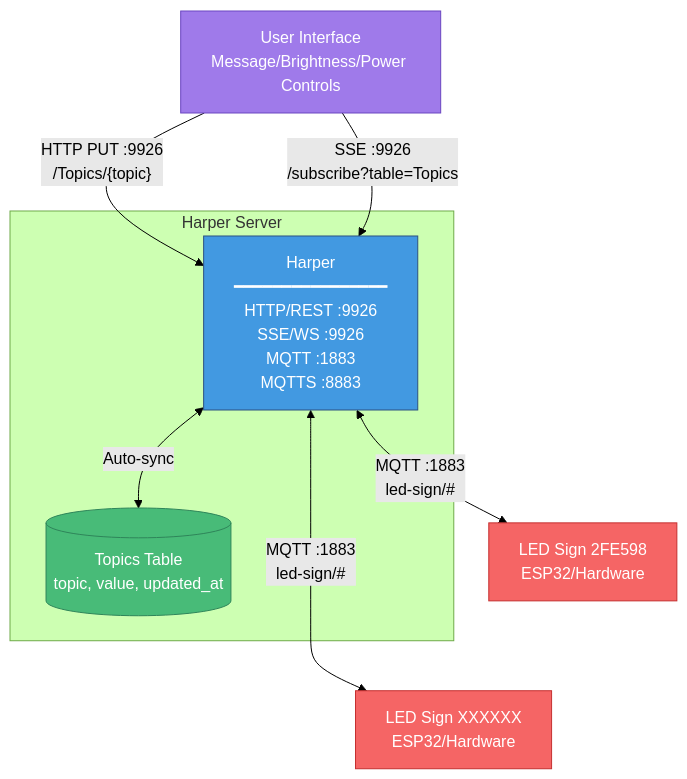
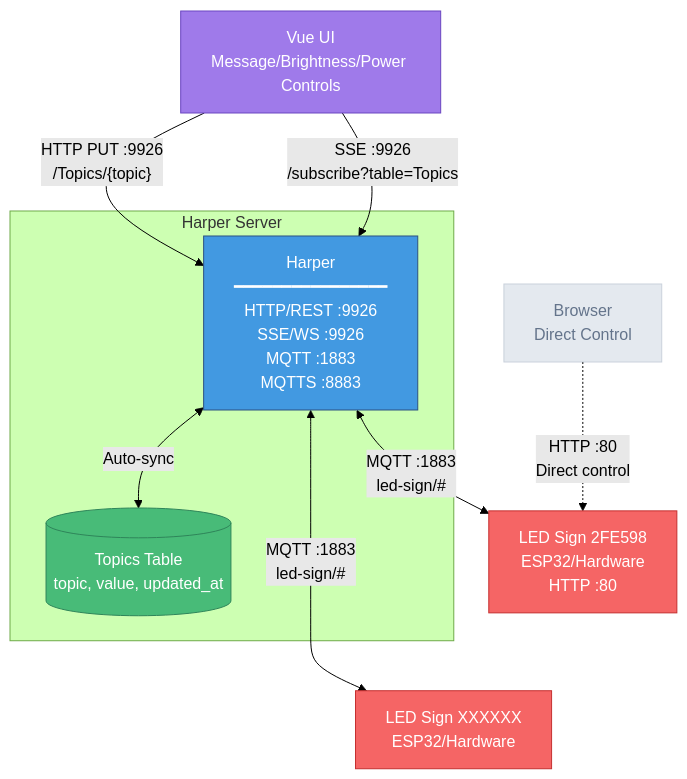
Before and after one commit to HarperFast/realtime-pubsub-example: the diagram in README.md, drawn with Mermaid (forest theme). The commit also changed 5 other files, not shown here.

First line of the commit message:
Add direct browser-to-LED-sign HTTP connection to diagram

````diff
--- a/README.md
+++ b/README.md
@@ -17,25 +17,28 @@
 ```mermaid
 graph TB
-    UI[User Interface<br/>Message/Brightness/Power Controls]
+    UI[Vue UI<br/>Message/Brightness/Power Controls]
 
     subgraph "Harper Server"
         HARPER["Harper<br/>━━━━━━━━━━━━━━━━<br/>HTTP/REST :9926<br/>SSE/WS :9926<br/>MQTT :1883<br/>MQTTS :8883"]
         DB[(Topics Table<br/>topic, value, updated_at)]
         HARPER <-->|Auto-sync| DB
     end
 
-    SIGN1[LED Sign 2FE598<br/>ESP32/Hardware]
+    SIGN1[LED Sign 2FE598<br/>ESP32/Hardware<br/>HTTP :80]
     SIGN2[LED Sign XXXXXX<br/>ESP32/Hardware]
+    BROWSER[Browser<br/>Direct Control]
 
     UI -->|"HTTP PUT :9926<br/>/Topics/{topic}"| HARPER
     UI -->|"SSE :9926<br/>/subscribe?table=Topics"| HARPER
     HARPER <-->|"MQTT :1883<br/>led-sign/#"| SIGN1
     HARPER <-->|"MQTT :1883<br/>led-sign/#"| SIGN2
+    BROWSER -.->|"HTTP :80<br/>Direct control"| SIGN1
     SIGN1 ~~~ SIGN2
 
     style UI fill:#9f7aea,stroke:#6b46c1,color:#fff
     style HARPER fill:#4299e1,stroke:#2c5282,color:#fff
     style DB fill:#48bb78,stroke:#2f855a,color:#fff
     style SIGN1 fill:#f56565,stroke:#c53030,color:#fff
     style SIGN2 fill:#f56565,stroke:#c53030,color:#fff
+    style BROWSER fill:#cbd5e1,stroke:#94a3b8,color:#64748b,opacity:0.5
 ```
````
